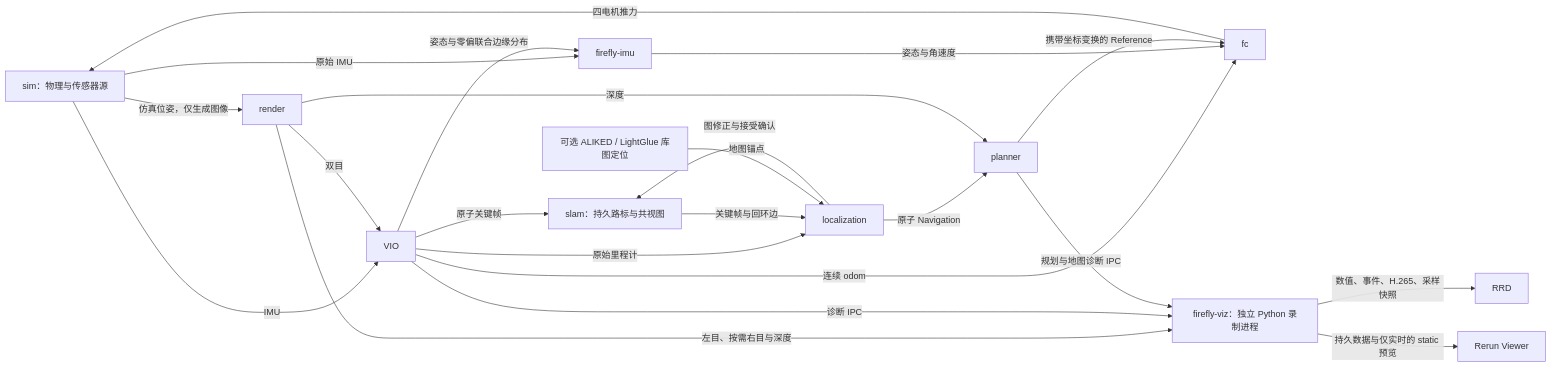
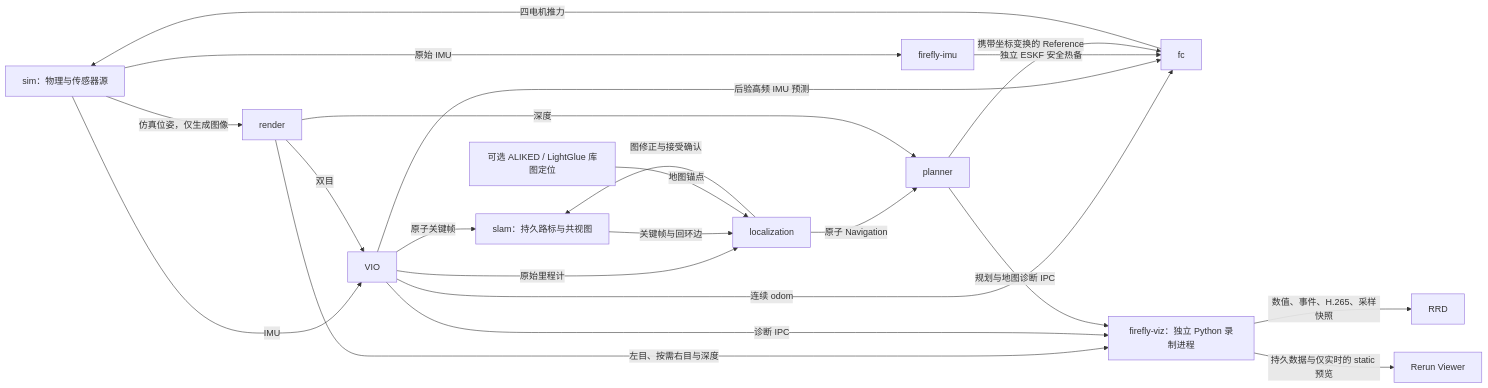
Before and after one commit to 3SE-Competitive-Robotics-Team/firefly: the diagram in docs/architecture.md, drawn with Mermaid. The commit also changed other lines of this file and 23 other files, not shown here.

````diff
--- a/docs/architecture.md
+++ b/docs/architecture.md
@@ -11,24 +11,24 @@
 ```mermaid
 flowchart LR
     SIM[sim：物理与传感器源] -->|IMU| V[VIO]
     SIM -->|仿真位姿，仅生成图像| R[render]
     R -->|双目| V
     V -->|连续 odom| F[fc]
     SIM -->|原始 IMU| I[firefly-imu]
-    V -->|姿态与零偏联合边缘分布| I
-    I -->|姿态与角速度| F
+    V -->|后验高频 IMU 预测| F
+    I -->|独立 ESKF 安全热备| F
     F -->|四电机推力| SIM
     V -->|原子关键帧| S[slam：持久路标与共视图]
     V -->|原始里程计| L[localization]
     S -->|关键帧与回环边| L
     L -->|图修正与接受确认| S
     A[可选 ALIKED / LightGlue 库图定位] -->|地图锚点| L
     L -->|原子 Navigation| P[planner]
     R -->|深度| P
     P -->|携带坐标变换的 Reference| F
     R -->|左目、按需右目与深度| D[firefly-viz：独立 Python 录制进程]
     V -->|诊断 IPC| D
     P -->|规划与地图诊断 IPC| D
     D -->|数值、事件、H.265、采样快照| RRD[RRD]
     D -->|持久数据与仅实时的 static 预览| RV[Rerun Viewer]
 ```
````
